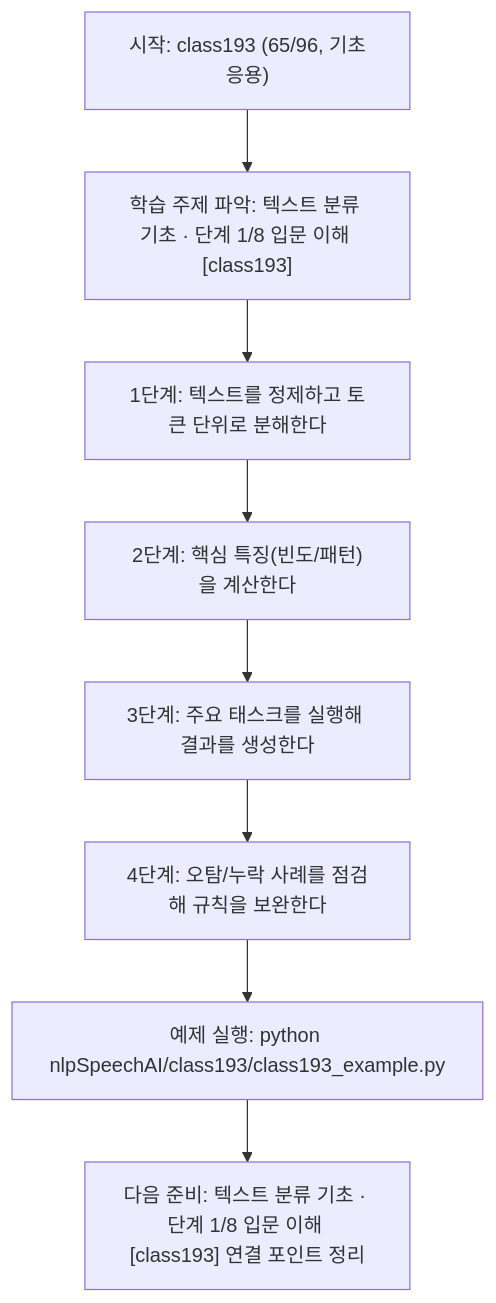
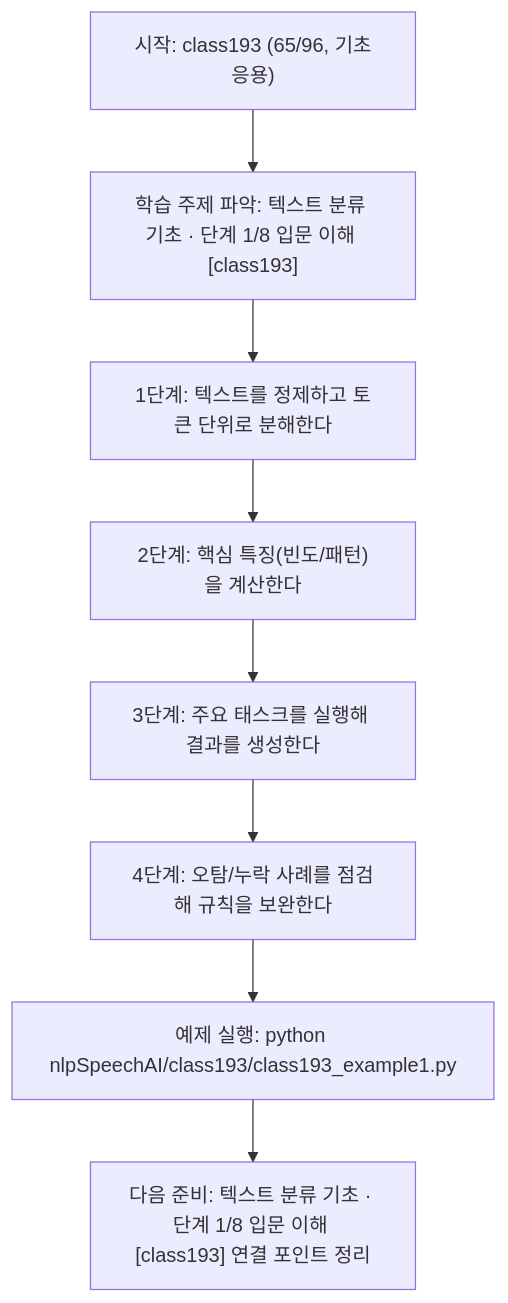
Before and after one commit to edumgt/Python-AI_Agent-Class: the diagram in nlpSpeechAI/class193/class193.md, drawn with Mermaid. The commit also changed other lines of this file and 2959 other files, not shown here.

````diff
--- a/nlpSpeechAI/class193/class193.md
+++ b/nlpSpeechAI/class193/class193.md
@@ -114,18 +114,18 @@
 ```mermaid
 flowchart TD
 N1["시작: class193 (65/96, 기초응용)"]
 N2["학습 주제 파악: 텍스트 분류 기초 · 단계 1/8 입문 이해 [class193]"]
 N3["1단계: 텍스트를 정제하고 토큰 단위로 분해한다"]
 N4["2단계: 핵심 특징(빈도/패턴)을 계산한다"]
 N5["3단계: 주요 태스크를 실행해 결과를 생성한다"]
 N6["4단계: 오탐/누락 사례를 점검해 규칙을 보완한다"]
-N7["예제 실행: python nlpSpeechAI/class193/class193_example.py"]
+N7["예제 실행: python nlpSpeechAI/class193/class193_example1.py"]
 N8["다음 준비: 텍스트 분류 기초 · 단계 1/8 입문 이해 [class193] 연결 포인트 정리"]
 N1 --> N2
 N2 --> N3
 N3 --> N4
 N4 --> N5
 N5 --> N6
 N6 --> N7
 N7 --> N8
 ```
````
